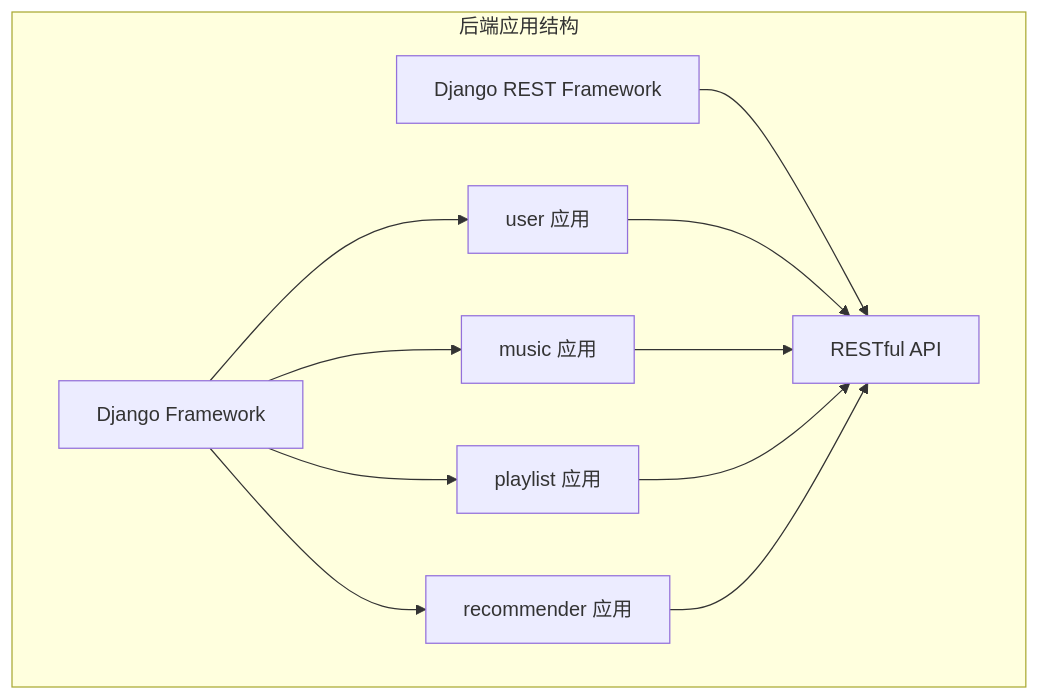
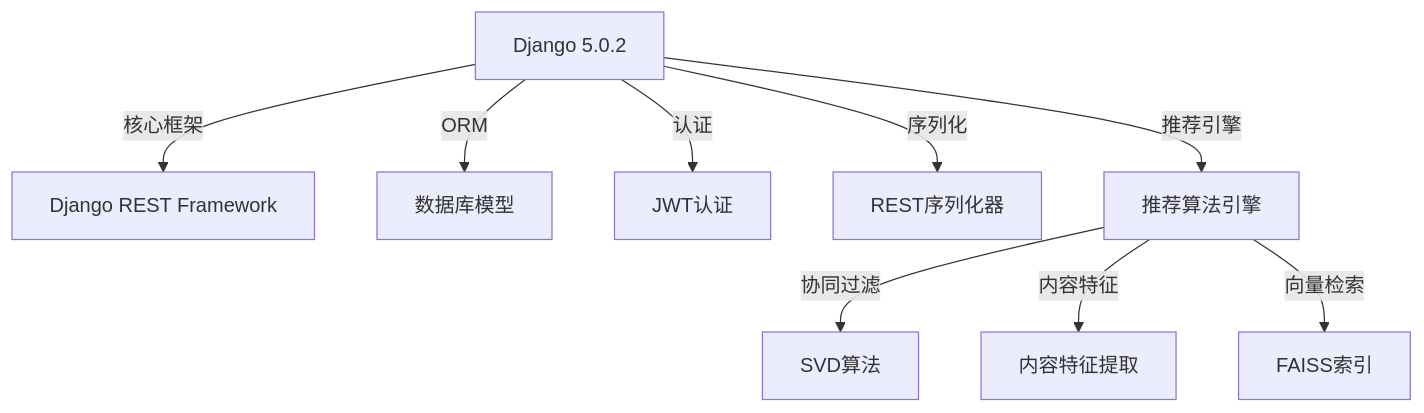
Before and after one commit to SOV710/RhythmFusion: the first of 6 diagrams in docs/backend/index.md, drawn with Mermaid. The commit also changed other lines of this file and 5 other files, not shown here.

````diff
--- a/docs/backend/index.md
+++ b/docs/backend/index.md
@@ -14,19 +9,11 @@
 ```mermaid
 graph TD
-    subgraph "后端应用结构"
-    Django[Django Framework]
-    DRF[Django REST Framework]
-    
-    Django --> User[user 应用]
-    Django --> Music[music 应用]
-    Django --> Playlist[playlist 应用]
-    Django --> Recommender[recommender 应用]
-    
-    DRF --> API[RESTful API]
-    
-    User --> API
-    Music --> API
-    Playlist --> API
-    Recommender --> API
-    end
+    Django[Django 5.0.2] -->|核心框架| DRF[Django REST Framework]
+    Django -->|ORM| Database[数据库模型]
+    Django -->|认证| Auth[JWT认证]
+    Django -->|序列化| Serializers[REST序列化器]
+    Django -->|推荐引擎| Recommender[推荐算法引擎]
+    Recommender -->|协同过滤| CF[SVD算法]
+    Recommender -->|内容特征| ContentBased[内容特征提取]
+    Recommender -->|向量检索| FAISS[FAISS索引]
 ```
````
